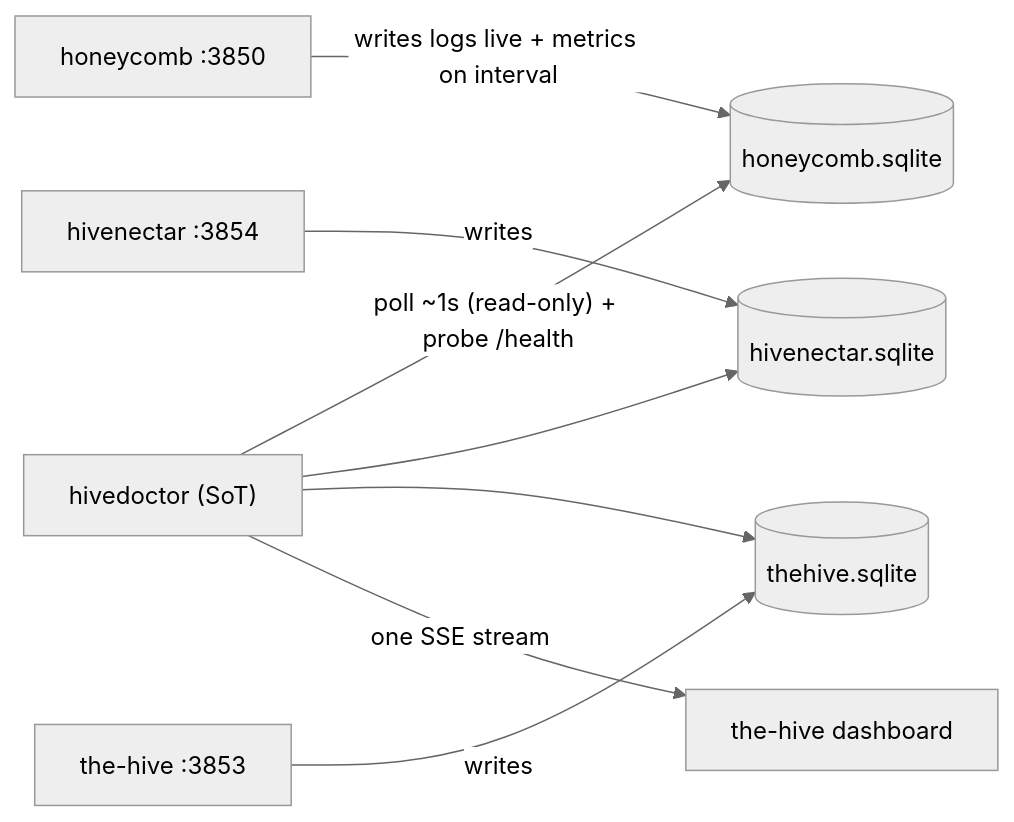
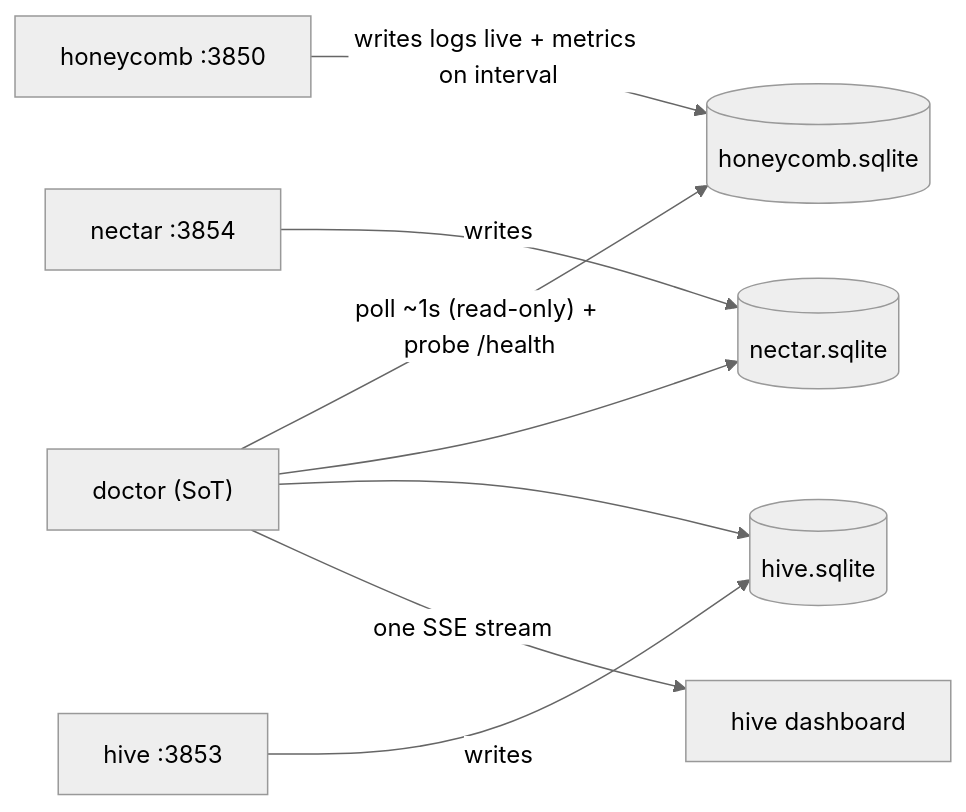
Before and after one commit to legioncodeinc/doctor: the diagram in library/knowledge/private/architecture/ADR-0001-hive-telemetry-transport-and-single-source-of-truth.md, drawn with Mermaid (neutral theme). The commit also changed other lines of this file and 113 other files, not shown here.

First line of the commit message:
feat!: global product rename per decision #35 (Hivedoctor -> doctor fleet-wide)

````diff
--- a/library/knowledge/private/architecture/ADR-0001-hive-telemetry-transport-and-single-source-of-truth.md
+++ b/library/knowledge/private/architecture/ADR-0001-hive-telemetry-transport-and-single-source-of-truth.md
@@ -37,10 +37,10 @@
 ```mermaid
 flowchart LR
     hc["honeycomb :3850"] -->|"writes logs live + metrics on interval"| hcdb[("honeycomb.sqlite")]
-    hn["hivenectar :3854"] -->|"writes"| hndb[("hivenectar.sqlite")]
-    th["the-hive :3853"] -->|"writes"| thdb[("thehive.sqlite")]
-    doctor["hivedoctor (SoT)"] -->|"poll ~1s (read-only) + probe /health"| hcdb
+    hn["nectar :3854"] -->|"writes"| hndb[("nectar.sqlite")]
+    th["hive :3853"] -->|"writes"| thdb[("hive.sqlite")]
+    doctor["doctor (SoT)"] -->|"poll ~1s (read-only) + probe /health"| hcdb
     doctor --> hndb
     doctor --> thdb
-    doctor -->|"one SSE stream"| portal["the-hive dashboard"]
+    doctor -->|"one SSE stream"| portal["hive dashboard"]
 ```
````
